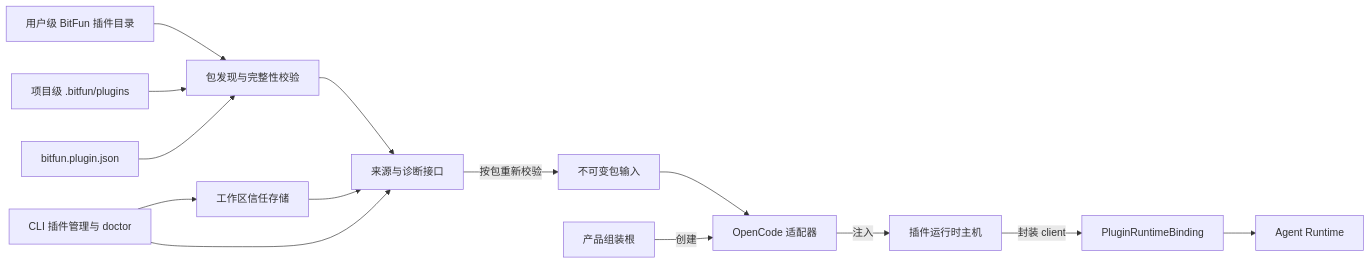
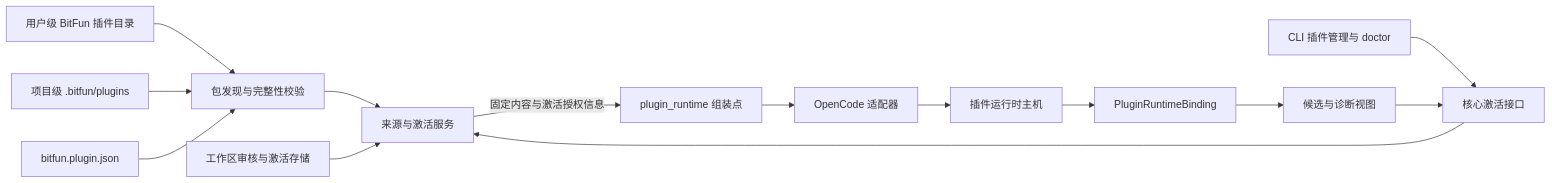
Before and after one commit to 1688mengdie/BitFun: the second of 2 diagrams in docs/architecture/product-architecture.md, drawn with Mermaid. The commit also changed other lines of this file and 25 other files, not shown here.

````diff
--- a/docs/architecture/product-architecture.md
+++ b/docs/architecture/product-architecture.md
@@ -142,16 +142,16 @@
 ```mermaid
 flowchart LR
   UserRoot["用户级 BitFun 插件目录"] --> Discovery["包发现与完整性校验"]
   WorkspaceRoot["项目级 .bitfun/plugins"] --> Discovery
   Manifest["bitfun.plugin.json"] --> Discovery
-  Discovery --> SourceView["来源与诊断接口"]
-  Trust["工作区信任存储"] --> SourceView
-  CLI["CLI 插件管理与 doctor"] --> SourceView
-  CLI --> Trust
-  SourceView -->|按包重新校验| PackageInput["不可变包输入"]
-  PackageInput --> Adapter["OpenCode 适配器"]
-  Assembly["产品组装根"] -->|创建| Adapter
-  Adapter -->|注入| Host["插件运行时主机"]
-  Host -->|封装 client| RuntimeBinding["PluginRuntimeBinding"]
-  RuntimeBinding --> AgentRuntime["Agent Runtime"]
+  Discovery --> SourceService["来源与激活服务"]
+  State["工作区审核与激活存储"] --> SourceService
+  CLI["CLI 插件管理与 doctor"] --> ProductAPI["核心激活接口"]
+  ProductAPI --> SourceService
+  SourceService -->|固定内容与激活授权信息| Assembly["plugin_runtime 组装点"]
+  Assembly --> Adapter["OpenCode 适配器"]
+  Adapter --> Host["插件运行时主机"]
+  Host --> Binding["PluginRuntimeBinding"]
+  Binding --> CandidateView["候选与诊断视图"]
+  CandidateView --> ProductAPI
 ```
````
